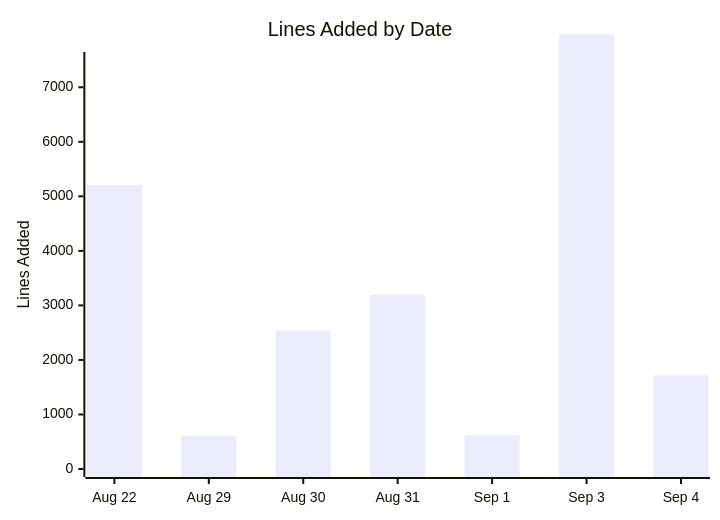
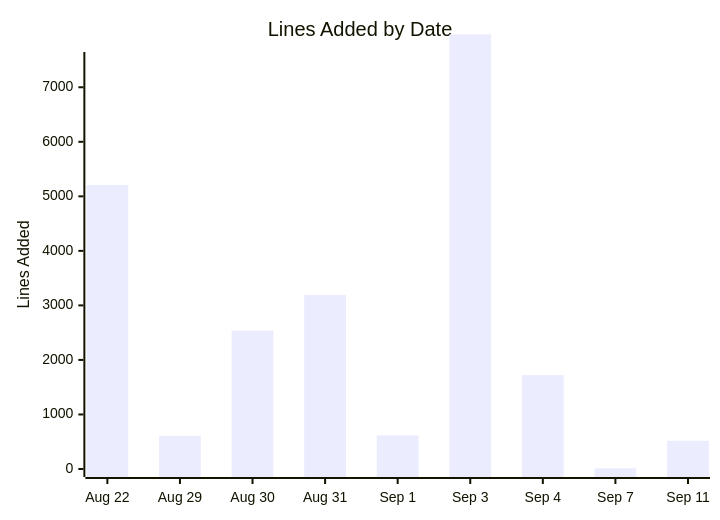
Before and after one commit to roger64s/CodeWithKris: the second of 2 diagrams in docs/PROJECT_SUMMARY.md, drawn with Mermaid. The commit also changed other lines of this file and 2 other files, not shown here.

````diff
--- a/docs/PROJECT_SUMMARY.md
+++ b/docs/PROJECT_SUMMARY.md
@@ -31,7 +31,7 @@
 ```mermaid
 xychart-beta
     title "Lines Added by Date"
-    x-axis ["Aug 22", "Aug 29", "Aug 30", "Aug 31", "Sep 1", "Sep 3", "Sep 4"]
+    x-axis ["Aug 22", "Aug 29", "Aug 30", "Aug 31", "Sep 1", "Sep 3", "Sep 4", "Sep 7", "Sep 11"]
     y-axis "Lines Added" 0 --> 7500
-    bar [5208, 609, 2538, 3193, 617, 7969, 1721]
+    bar [5208, 609, 2538, 3193, 617, 7969, 1721, 12, 518]
 ```
````
